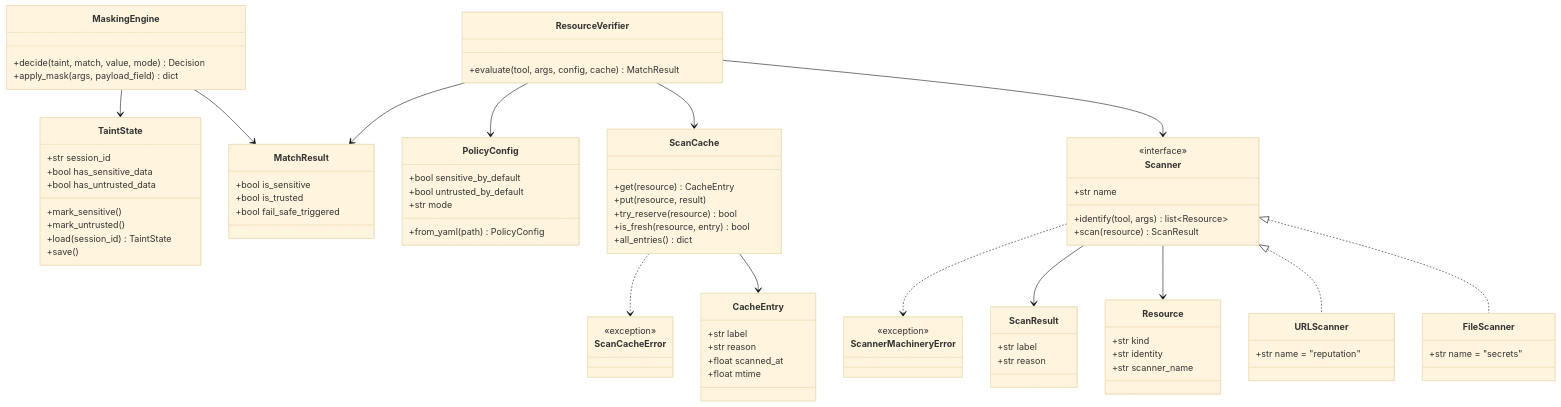
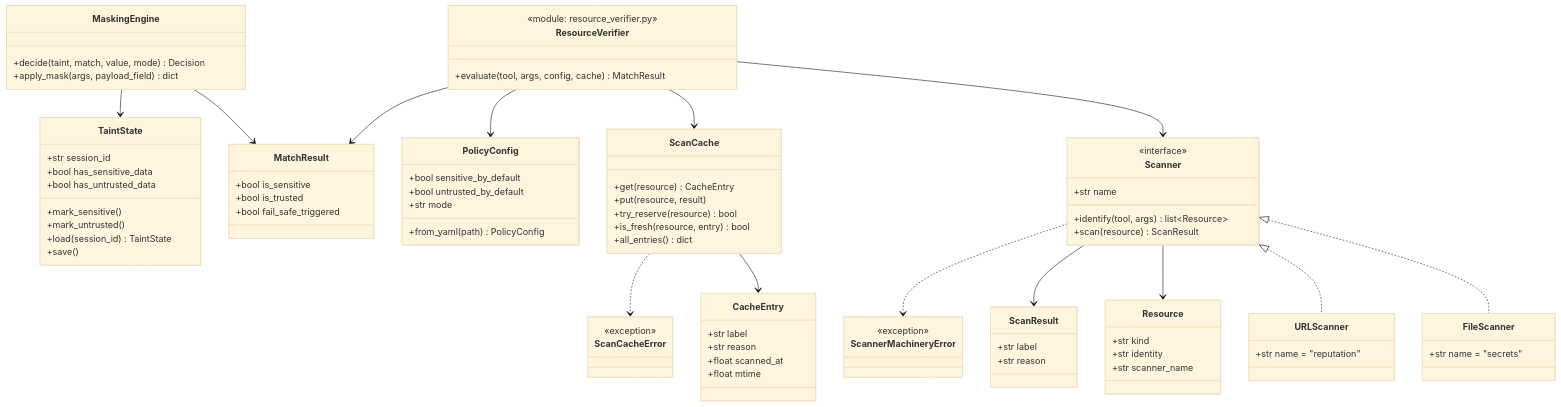
Before and after one commit to drusifer/Scalene: the second of 4 diagrams in docs/ARCHITECTURE.md, drawn with Mermaid (base theme). The commit also changed 4 other files, not shown here.

```diff
--- a/docs/ARCHITECTURE.md
+++ b/docs/ARCHITECTURE.md
@@ -62,6 +62,7 @@
         +bool fail_safe_triggered
     }
     class ResourceVerifier {
+        <<module: resource_verifier.py>>
         +evaluate(tool, args, config, cache) MatchResult
     }
     class Scanner {
```
